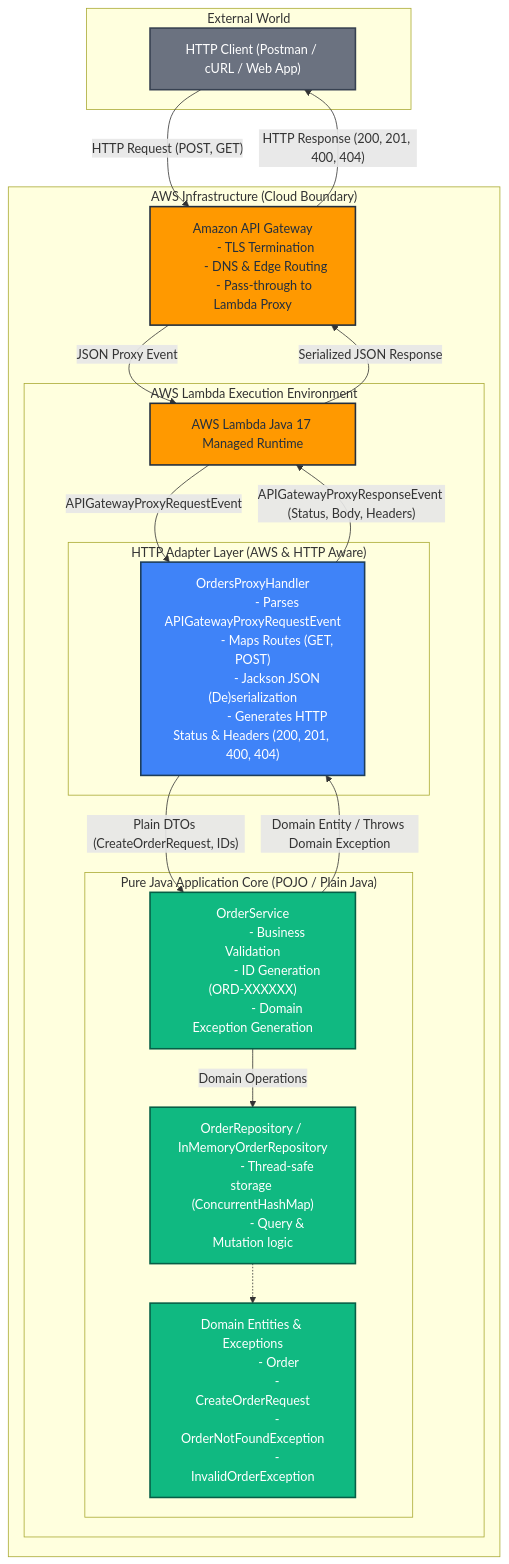
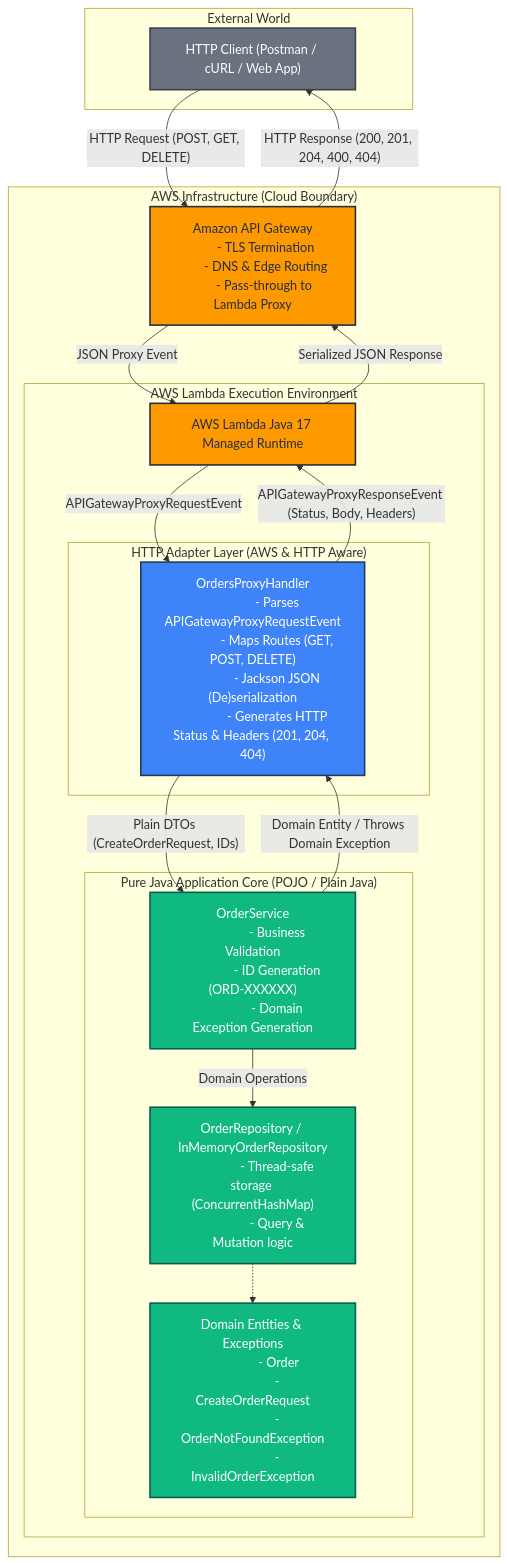
One commit to SantiagoAGarcia/Designing-a-Serverless-REST-API-with-AWS-Lambda-and-API-Gateway changed the diagram in README.md. Above: the diagram before and after it, drawn with Mermaid. The commit also changed other lines of this file, not shown here.

Commit message:
docs: compare DELETE prediction with agent implementation

````diff
--- a/README.md
+++ b/README.md
@@ -117,63 +114,63 @@
 ```mermaid
 flowchart TD
     subgraph External["External World"]
         Client["HTTP Client (Postman / cURL / Web App)"]
     end
 
     subgraph AWS_Cloud["AWS Infrastructure (Cloud Boundary)"]
         APIGW["Amazon API Gateway
         - TLS Termination
         - DNS & Edge Routing
         - Pass-through to Lambda Proxy"]
         
         subgraph LambdaEnv["AWS Lambda Execution Environment"]
             LambdaRuntime["AWS Lambda Java 17 Managed Runtime"]
             
             subgraph AdapterLayer["HTTP Adapter Layer (AWS & HTTP Aware)"]
                 ProxyHandler["OrdersProxyHandler
                 - Parses APIGatewayProxyRequestEvent
-                - Maps Routes (GET, POST)
+                - Maps Routes (GET, POST, DELETE)
                 - Jackson JSON (De)serialization
-                - Generates HTTP Status & Headers (200, 201, 400, 404)"]
+                - Generates HTTP Status & Headers (201, 204, 404)"]
             end
             
             subgraph CoreDomain["Pure Java Application Core (POJO / Plain Java)"]
                 Service["OrderService
                 - Business Validation
                 - ID Generation (ORD-XXXXXX)
                 - Domain Exception Generation"]
                 
                 Repo["OrderRepository / InMemoryOrderRepository
                 - Thread-safe storage (ConcurrentHashMap)
                 - Query & Mutation logic"]
                 
                 Entities["Domain Entities & Exceptions
                 - Order
                 - CreateOrderRequest
                 - OrderNotFoundException
                 - InvalidOrderException"]
             end
         end
     end
 
-    Client -->|"HTTP Request (POST, GET)"| APIGW
+    Client -->|"HTTP Request (POST, GET, DELETE)"| APIGW
     APIGW -->|"JSON Proxy Event"| LambdaRuntime
     LambdaRuntime -->|"APIGatewayProxyRequestEvent"| ProxyHandler
     ProxyHandler -->|"Plain DTOs (CreateOrderRequest, IDs)"| Service
     Service -->|"Domain Operations"| Repo
     Repo -.-> Entities
     Service -->|"Domain Entity / Throws Domain Exception"| ProxyHandler
     ProxyHandler -->|"APIGatewayProxyResponseEvent (Status, Body, Headers)"| LambdaRuntime
     LambdaRuntime -->|"Serialized JSON Response"| APIGW
-    APIGW -->|"HTTP Response (200, 201, 400, 404)"| Client
+    APIGW -->|"HTTP Response (200, 201, 204, 400, 404)"| Client
 
     classDef aws fill:#FF9900,stroke:#232F3E,stroke-width:2px,color:#232F3E;
     classDef adapter fill:#3F83F8,stroke:#1C3D5A,stroke-width:2px,color:#ffffff;
     classDef pureJava fill:#10B981,stroke:#065F46,stroke-width:2px,color:#ffffff;
     classDef ext fill:#6B7280,stroke:#374151,stroke-width:2px,color:#ffffff;
 
     class APIGW,LambdaRuntime aws;
     class ProxyHandler adapter;
     class Service,Repo,Entities pureJava;
     class Client ext;
 ```
````
